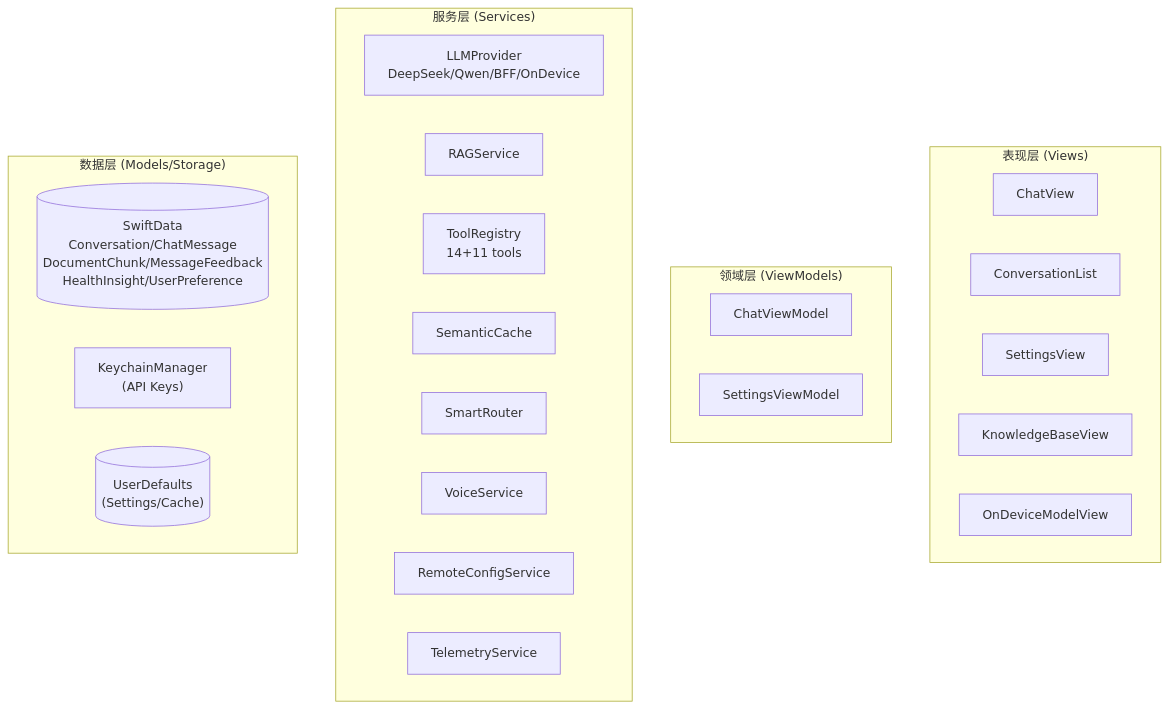
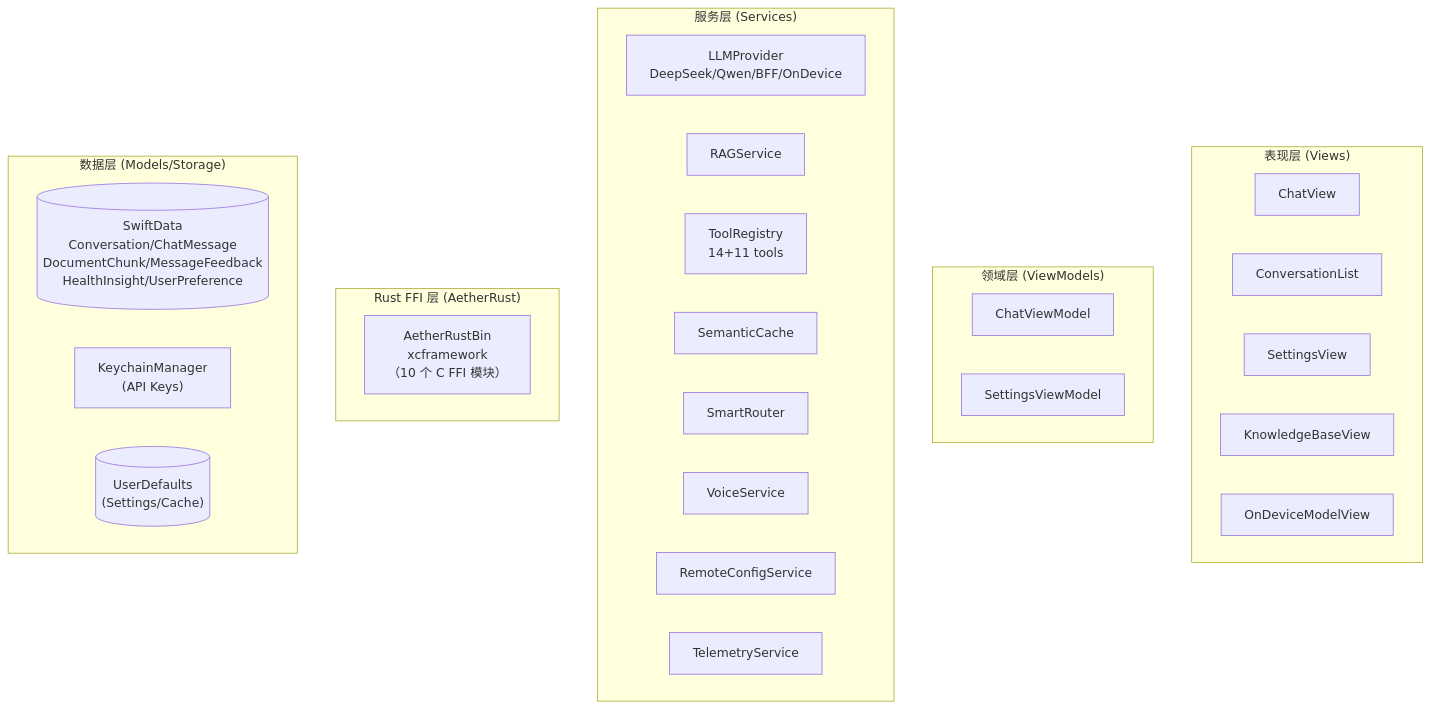
The first of 15 diagrams in doc/ARCHITECTURE.md (luosicx/Aether), drawn with Mermaid before and after one commit. The commit also changed other lines of this file and 12 other files, not shown here.

````diff
--- a/doc/ARCHITECTURE.md
+++ b/doc/ARCHITECTURE.md
@@ -70,29 +70,32 @@
 ```mermaid
 flowchart TB
     subgraph Presentation["表现层 (Views)"]
         ChatView["ChatView"]
         ConversationList["ConversationList"]
         SettingsView["SettingsView"]
         KnowledgeBaseView["KnowledgeBaseView"]
         OnDeviceModelView["OnDeviceModelView"]
     end
     subgraph Domain["领域层 (ViewModels)"]
         ChatViewModel["ChatViewModel"]
         SettingsViewModel["SettingsViewModel"]
     end
     subgraph Services["服务层 (Services)"]
         LLMProvider["LLMProvider<br/>DeepSeek/Qwen/BFF/OnDevice"]
         RAGService["RAGService"]
         ToolRegistry["ToolRegistry<br/>14+11 tools"]
         SemanticCache["SemanticCache"]
         SmartRouter["SmartRouter"]
         VoiceService["VoiceService"]
         RemoteConfig["RemoteConfigService"]
         Telemetry["TelemetryService"]
     end
+    subgraph RUST["Rust FFI 层 (AetherRust)"]
+        AetherRustBin["AetherRustBin<br/>xcframework<br/>（10 个 C FFI 模块）"]
+    end
     subgraph Data["数据层 (Models/Storage)"]
         SwiftData[("SwiftData<br/>Conversation/ChatMessage<br/>DocumentChunk/MessageFeedback<br/>HealthInsight/UserPreference")]
         Keychain["KeychainManager<br/>(API Keys)"]
         UserDefaults[("UserDefaults<br/>(Settings/Cache)")]
     end
 ```
````
